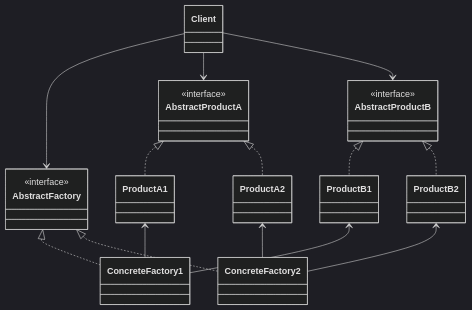
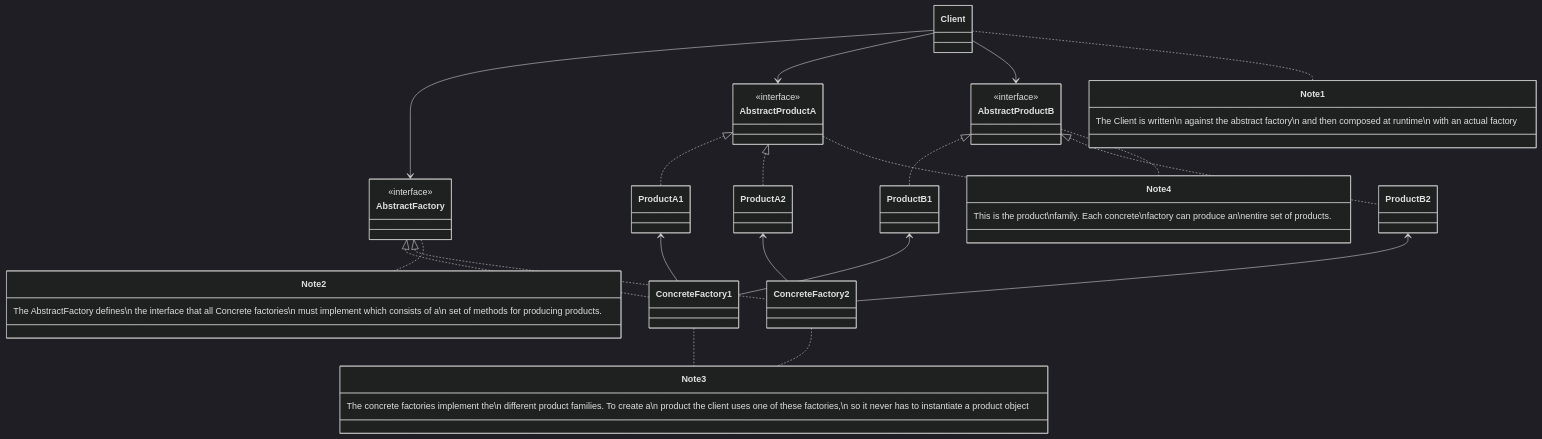
Before and after one commit to Achelous1/achelous1.github.io: the diagram in _wiki/abstract-factory-pattern.md, drawn with Mermaid (dark theme). The commit also changed other lines of this file and 1 other file, not shown here.

Commit message:
wiki: modify abstract factory pattern mermaid format

````diff
--- a/_wiki/abstract-factory-pattern.md
+++ b/_wiki/abstract-factory-pattern.md
@@ -19,33 +19,58 @@
 ```mermaid
 classDiagram
 direction TD
 
 class Client
-class AbstractFactory
-<<interface>> AbstractFactory 
-class AbstractProductA
-<<interface>> AbstractProductA 
+class AbstractFactory{
+<<interface>>
+}
+class AbstractProductA{
+<<interface>>
+}
 class ProductA2
 class ProductA1
 class ConcreteFactory1
 class ConcreteFactory2
-class AbstractProductB
-<<interface>> AbstractProductB
+class AbstractProductB{
+<<interface>>
+}
 class ProductB1
 class ProductB2
 
+class Note1 {
+	The Client is written\n against the abstract factory\n and then composed at runtime\n with an actual factory
+}
+
+class Note2 {
+	The AbstractFactory defines\n the interface that all Concrete factories\n must implement which consists of a\n set of methods for producing products.
+}
+
+class Note3 {
+	The concrete factories implement the\n different product families. To create a\n product the client uses one of these factories,\n so it never has to instantiate a product object
+}
+
+class Note4 {
+	This is the product\nfamily. Each concrete\nfactory can produce an\nentire set of products.
+}
+
 Client --> AbstractFactory
 Client --> AbstractProductA 
-Client --> AbstractProductB 
+Client --> AbstractProductB
+Client .. Note1
 AbstractFactory <|.. ConcreteFactory1
 AbstractFactory <|.. ConcreteFactory2
+AbstractFactory .. Note2
 AbstractProductA <|.. ProductA1
 AbstractProductA <|.. ProductA2
 AbstractProductB <|.. ProductB1
 AbstractProductB <|.. ProductB2
 ProductA1 <-- ConcreteFactory1
 ProductB1 <-- ConcreteFactory1
 ProductA2 <-- ConcreteFactory2
 ProductB2 <-- ConcreteFactory2
+ConcreteFactory1 .. Note3
+ConcreteFactory2 .. Note3
+AbstractProductA .. Note4
+AbstractProductB .. Note4
 
 ```
````
